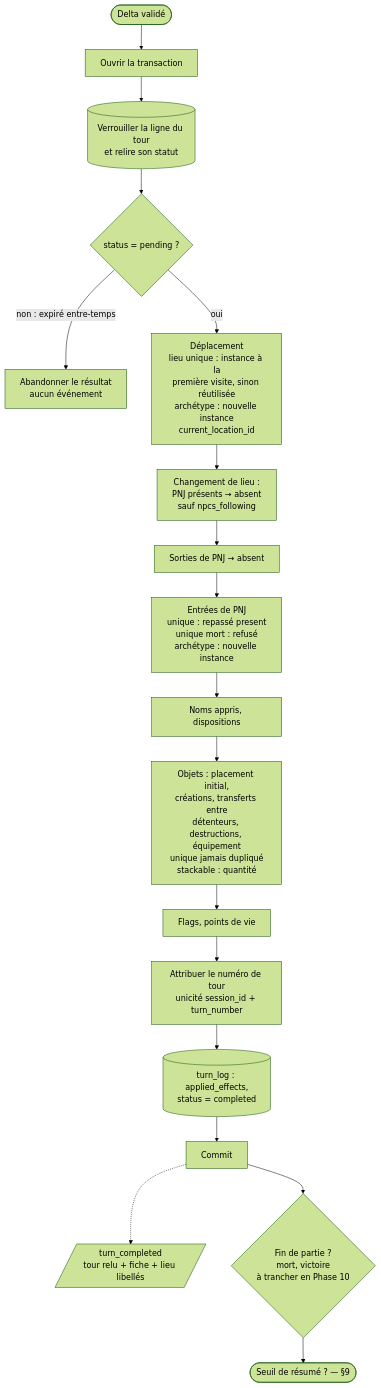
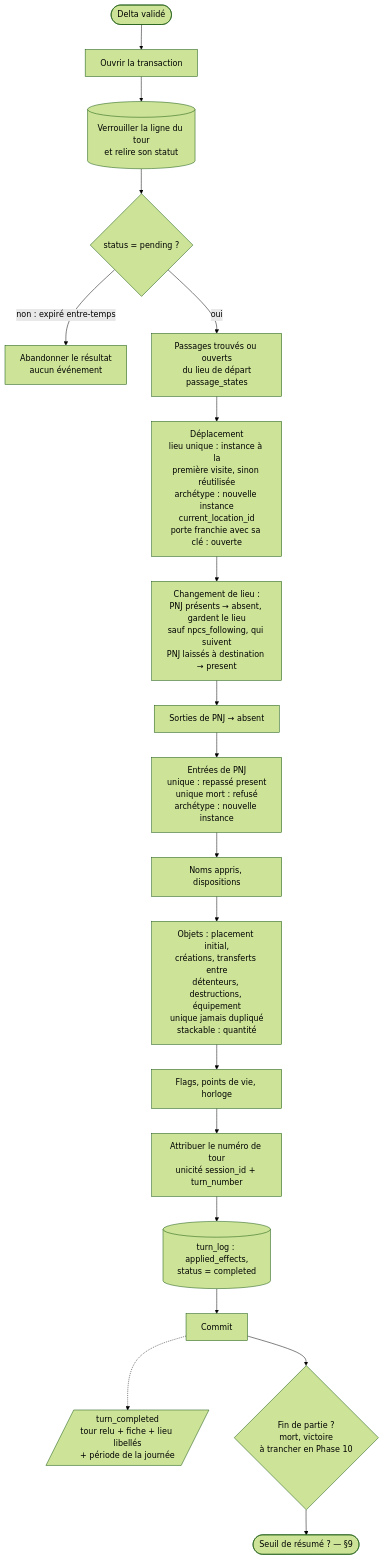
Before and after one commit to cyrilpointet/wanderlore: the tenth of 14 diagrams in doc/flux-backend-tour-de-jeu-mj-virtuel.md, drawn with Mermaid (forest theme). The commit also changed other lines of this file and 6 other files, not shown here.

````diff
--- a/doc/flux-backend-tour-de-jeu-mj-virtuel.md
+++ b/doc/flux-backend-tour-de-jeu-mj-virtuel.md
@@ -302,20 +313,21 @@
 ```mermaid
 flowchart TD
     A([Delta validé]) --> B[Ouvrir la transaction]
     B --> C[(Verrouiller la ligne du tour<br/>et relire son statut)]
     C --> D{status = pending ?}
     D -->|non : expiré entre-temps| D1[Abandonner le résultat<br/>aucun événement]
-    D -->|oui| M[Déplacement<br/>lieu unique : instance à la<br/>première visite, sinon réutilisée<br/>archétype : nouvelle instance<br/>current_location_id]
-    M --> N[Changement de lieu :<br/>PNJ présents → absent<br/>sauf npcs_following]
+    D -->|oui| PA[Passages trouvés ou ouverts<br/>du lieu de départ<br/>passage_states]
+    PA --> M[Déplacement<br/>lieu unique : instance à la<br/>première visite, sinon réutilisée<br/>archétype : nouvelle instance<br/>current_location_id<br/>porte franchie avec sa clé : ouverte]
+    M --> N[Changement de lieu :<br/>PNJ présents → absent, gardent le lieu<br/>sauf npcs_following, qui suivent<br/>PNJ laissés à destination → present]
     N --> O[Sorties de PNJ → absent]
     O --> P[Entrées de PNJ<br/>unique : repassé present<br/>unique mort : refusé<br/>archétype : nouvelle instance]
     P --> Q[Noms appris, dispositions]
     Q --> R[Objets : placement initial,<br/>créations, transferts entre<br/>détenteurs, destructions, équipement<br/>unique jamais dupliqué<br/>stackable : quantité]
-    R --> S[Flags, points de vie]
+    R --> S[Flags, points de vie, horloge]
     S --> T[Attribuer le numéro de tour<br/>unicité session_id + turn_number]
     T --> U[(turn_log : applied_effects,<br/>status = completed)]
     U --> V[Commit]
-    V -.-> W[/turn_completed<br/>tour relu + fiche + lieu libellés/]
+    V -.-> W[/turn_completed<br/>tour relu + fiche + lieu libellés<br/>+ période de la journée/]
     V --> Z{Fin de partie ?<br/>mort, victoire<br/>à trancher en Phase 10}
     Z --> J([Seuil de résumé ? — §9])
 ```
````
